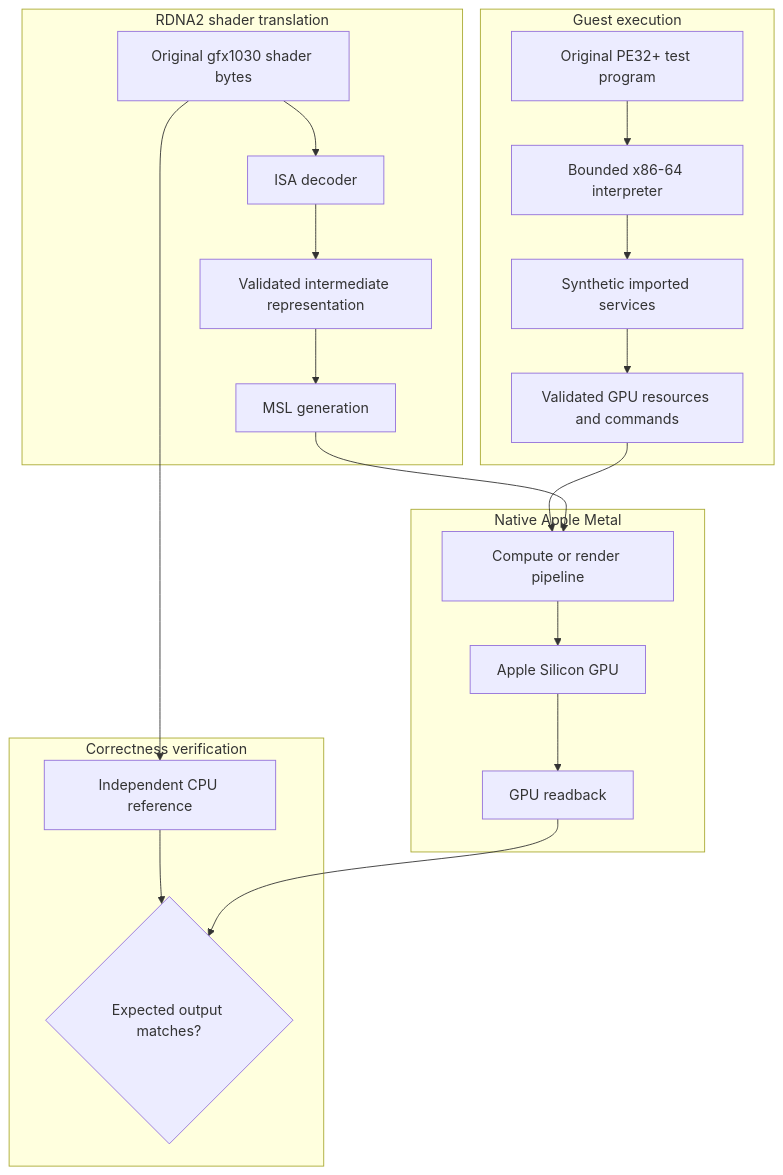
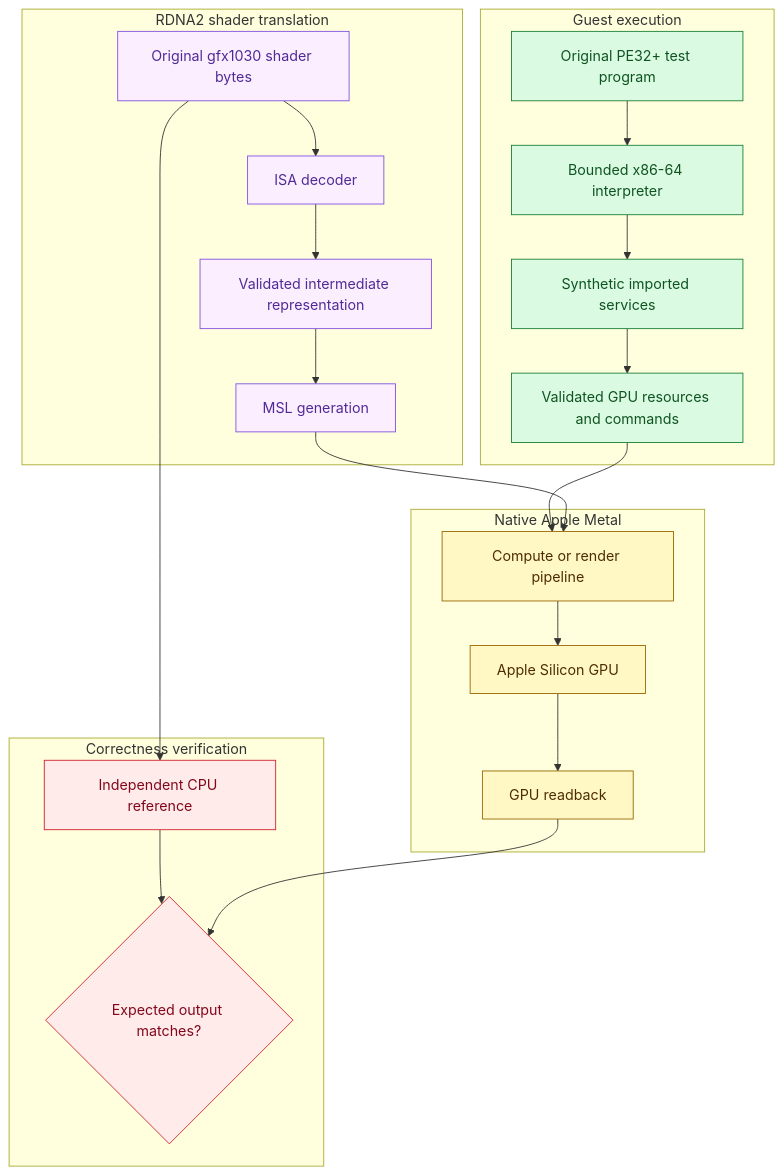
One commit to 1Bartosz/betterxen changed the seventh of 7 diagrams in README.md. Above: the diagram before and after it, drawn with Mermaid. The commit also changed other lines of this file and 1 other file, not shown here.

````diff
--- a/README.md
+++ b/README.md
@@ -190,44 +306,53 @@
 ```mermaid
 flowchart TD
     subgraph Guest["Guest execution"]
         A["Original PE32+ test program"]
         B["Bounded x86-64 interpreter"]
         C["Synthetic imported services"]
         D["Validated GPU resources and commands"]
 
         A --> B
         B --> C
         C --> D
     end
 
     subgraph Shader["RDNA2 shader translation"]
         E["Original gfx1030 shader bytes"]
         F["ISA decoder"]
         G["Validated intermediate representation"]
         H["MSL generation"]
 
         E --> F
         F --> G
         G --> H
     end
 
     subgraph Metal["Native Apple Metal"]
         I["Compute or render pipeline"]
         J["Apple Silicon GPU"]
         K["GPU readback"]
 
         D --> I
         H --> I
         I --> J
         J --> K
     end
 
     subgraph Validation["Correctness verification"]
         L["Independent CPU reference"]
         M{"Expected output matches?"}
 
         E --> L
         L --> M
         K --> M
     end
+
+    classDef guestNode fill:#dafbe1,stroke:#1a7f37,color:#0f5323
+    classDef shaderNode fill:#fbefff,stroke:#8250df,color:#512a97
+    classDef metalNode fill:#fff8c5,stroke:#9a6700,color:#4d2d00
+    classDef checkNode fill:#ffebe9,stroke:#cf222e,color:#82071e
+    class A,B,C,D guestNode
+    class E,F,G,H shaderNode
+    class I,J,K metalNode
+    class L,M checkNode
 ```
````
